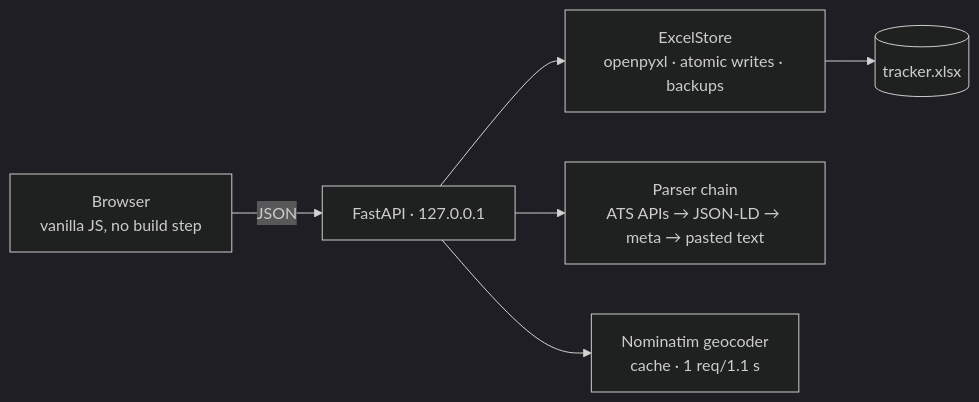
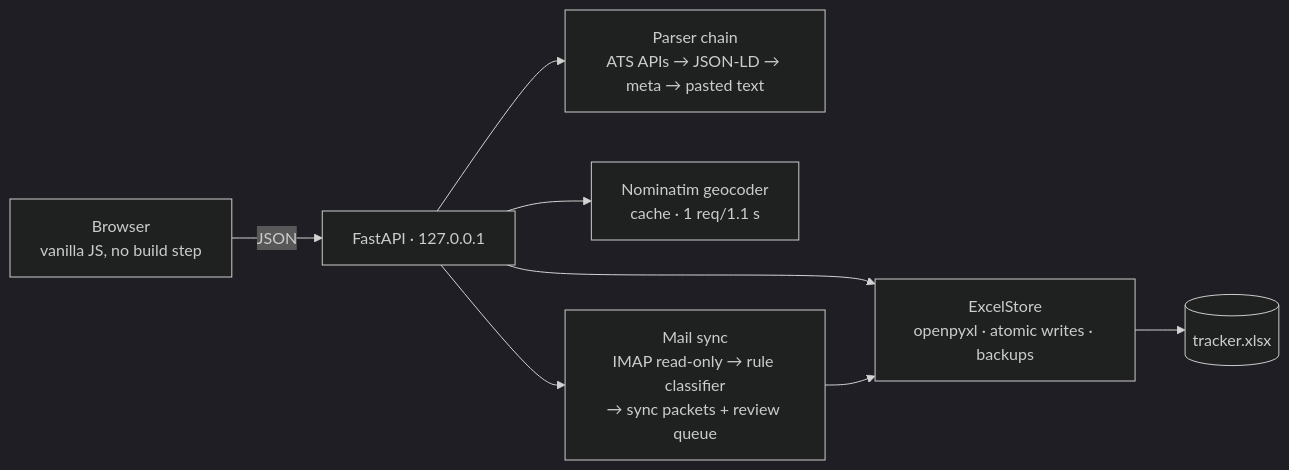
The diagram in README.md (jamie-dongjae/application-tracker), drawn with Mermaid (dark theme) before and after one commit. The commit also changed other lines of this file and 4 other files, not shown here.

First line of the commit message:
Onboarding docs: setup, architecture, contributing

````diff
--- a/README.md
+++ b/README.md
@@ -68,8 +108,10 @@
 ```mermaid
 flowchart LR
     B[Browser<br>vanilla JS, no build step] -->|JSON| A[FastAPI · 127.0.0.1]
     A --> S[ExcelStore<br>openpyxl · atomic writes · backups]
     S --> X[(tracker.xlsx)]
     A --> P[Parser chain<br>ATS APIs → JSON-LD → meta → pasted text]
     A --> G[Nominatim geocoder<br>cache · 1 req/1.1 s]
+    A --> M[Mail sync<br>IMAP read-only → rule classifier<br>→ sync packets + review queue]
+    M --> S
 ```
````
